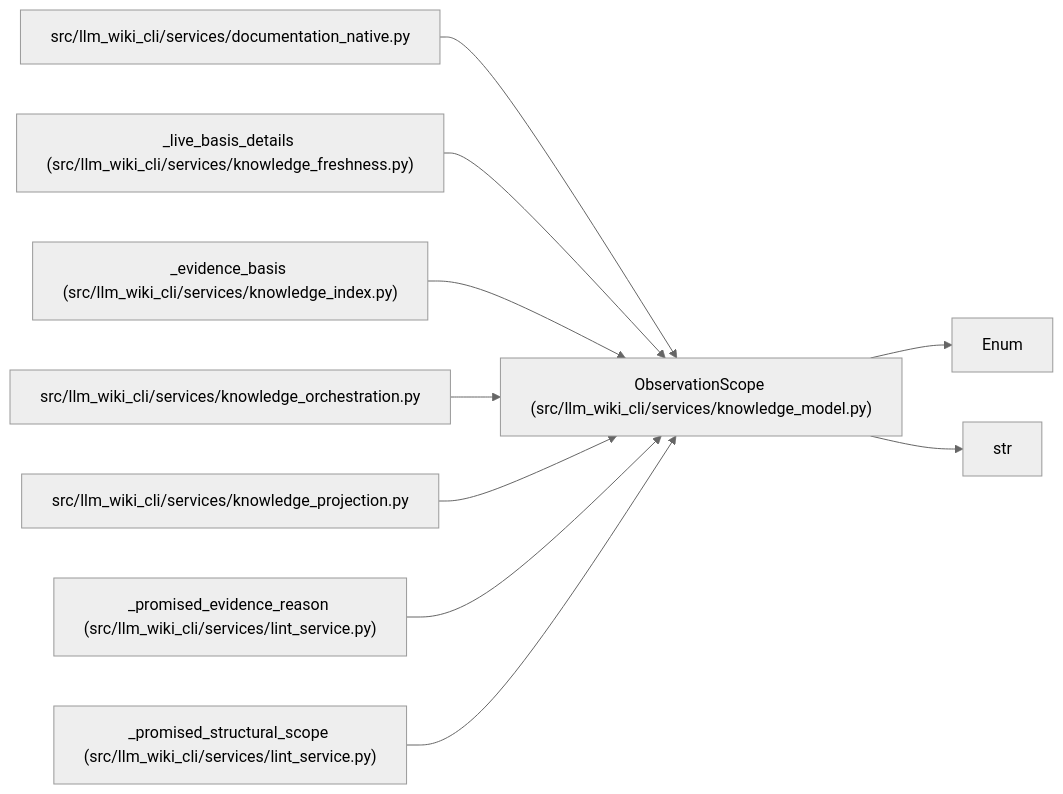
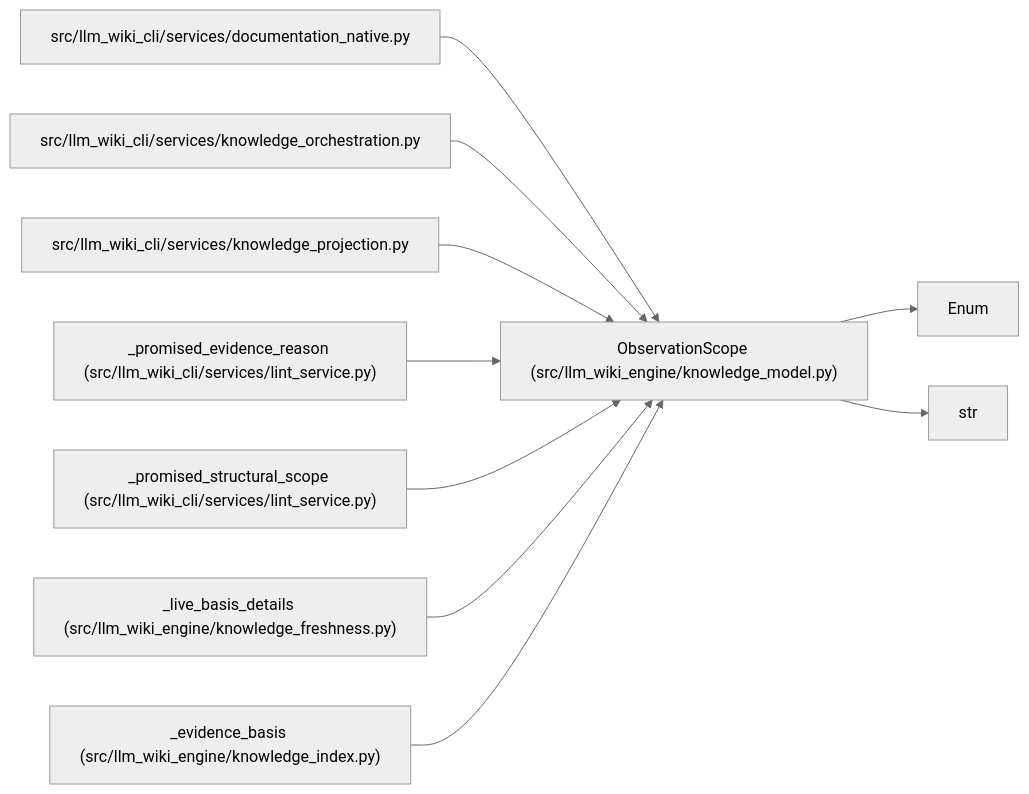
One commit to Denissvgn/python-wiki-llm changed the diagram in docs/llm_wiki/entities/ObservationScope.md. Above: the diagram before and after it, drawn with Mermaid (neutral theme). The commit also changed other lines of this file and 1058 other files, not shown here.

First line of the commit message:
docs: refresh the wiki for the knowledge store move

````diff
--- a/docs/llm_wiki/entities/ObservationScope.md
+++ b/docs/llm_wiki/entities/ObservationScope.md
@@ -29,30 +29,30 @@
 ```mermaid
 flowchart LR
-    n0["ObservationScope (src/llm_wiki_cli/services/knowledge_model.py)"]
+    n0["ObservationScope (src/llm_wiki_engine/knowledge_model.py)"]
     n1["Enum"]
     n2["str"]
     n3["src/llm_wiki_cli/services/documentation_native.py"]
-    n4["_live_basis_details (src/llm_wiki_cli/services/knowledge_freshness.py)"]
-    n5["_evidence_basis (src/llm_wiki_cli/services/knowledge_index.py)"]
-    n6["src/llm_wiki_cli/services/knowledge_orchestration.py"]
-    n7["src/llm_wiki_cli/services/knowledge_projection.py"]
-    n8["_promised_evidence_reason (src/llm_wiki_cli/services/lint_service.py)"]
-    n9["_promised_structural_scope (src/llm_wiki_cli/services/lint_service.py)"]
+    n4["src/llm_wiki_cli/services/knowledge_orchestration.py"]
+    n5["src/llm_wiki_cli/services/knowledge_projection.py"]
+    n6["_promised_evidence_reason (src/llm_wiki_cli/services/lint_service.py)"]
+    n7["_promised_structural_scope (src/llm_wiki_cli/services/lint_service.py)"]
+    n8["_live_basis_details (src/llm_wiki_engine/knowledge_freshness.py)"]
+    n9["_evidence_basis (src/llm_wiki_engine/knowledge_index.py)"]
     n0 --> n1
     n0 --> n2
     n3 --> n0
     n4 --> n0
     n5 --> n0
     n6 --> n0
     n7 --> n0
     n8 --> n0
     n9 --> n0
     click n0 "../modules/knowledge_model.md"
     click n3 "../modules/documentation_native.md"
-    click n4 "../modules/knowledge_freshness.md"
-    click n5 "../modules/knowledge_index.md"
-    click n6 "../modules/knowledge_orchestration.md"
-    click n7 "../modules/knowledge_projection.md"
-    click n8 "../modules/lint_service.md"
-    click n9 "../modules/lint_service.md"
+    click n4 "../modules/knowledge_orchestration.md"
+    click n5 "../modules/knowledge_projection.md"
+    click n6 "../modules/lint_service.md"
+    click n7 "../modules/lint_service.md"
+    click n8 "../modules/knowledge_freshness.md"
+    click n9 "../modules/knowledge_index.md"
 ```
````
